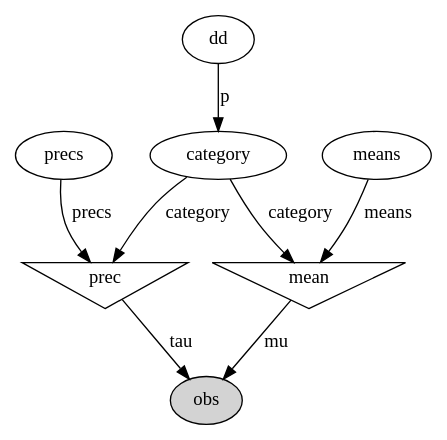
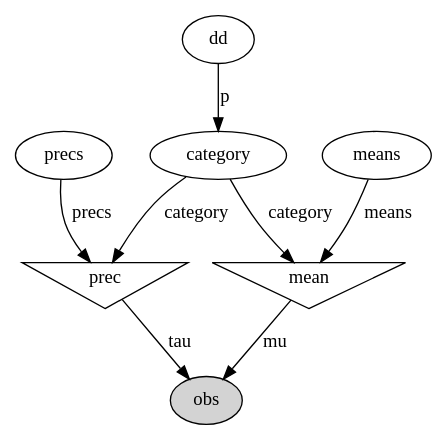
One commit to johnhw/summerschool2017 changed the diagram in static/container.dot. Above: the diagram before and after it, drawn with Graphviz. The commit also changed other lines of this file and 5 other files, not shown here.

```diff
--- a/static/container.dot
+++ b/static/container.dot
@@ -1,16 +1,16 @@
 digraph G {
 precs;
-category;
 dd;
-dd -> category  [label=p];
 means;
 obs [style=filled];
 mean [shape=invtriangle];
 mean -> obs  [label=mu];
+category;
 category -> mean  [label=category];
+dd -> category  [label=p];
 means -> mean  [label=means];
 prec [shape=invtriangle];
 prec -> obs  [label=tau];
 category -> prec  [label=category];
 precs -> prec  [label=precs];
 }
```
